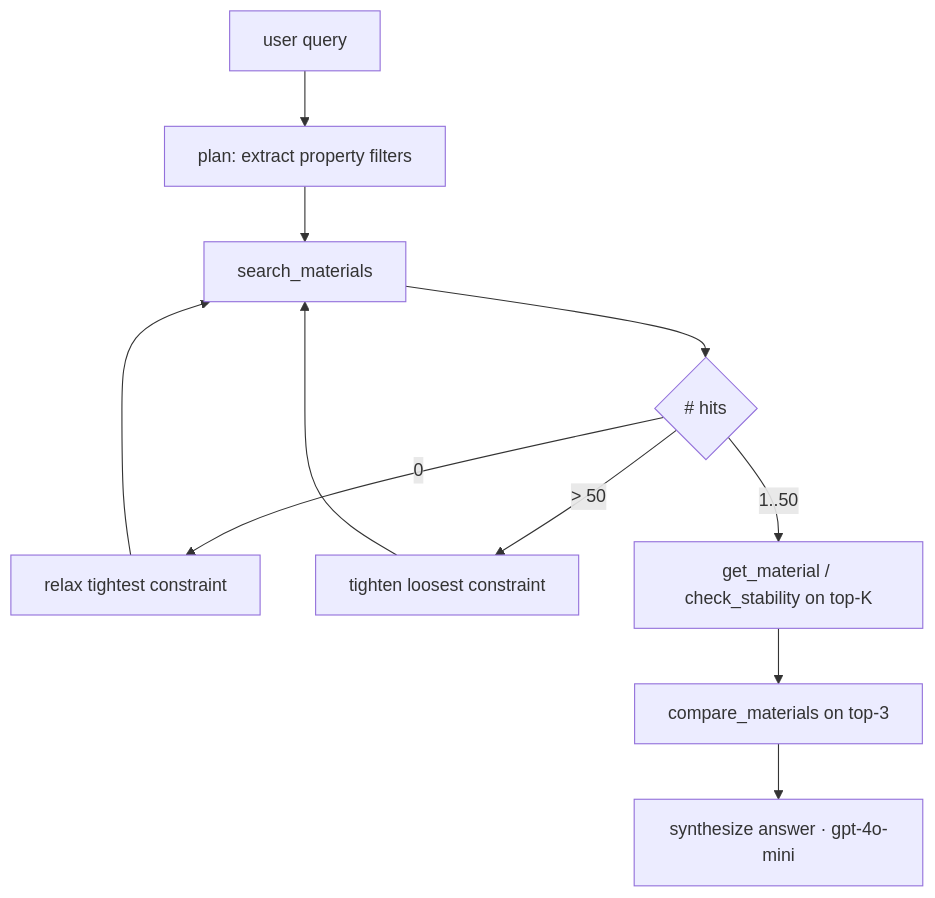
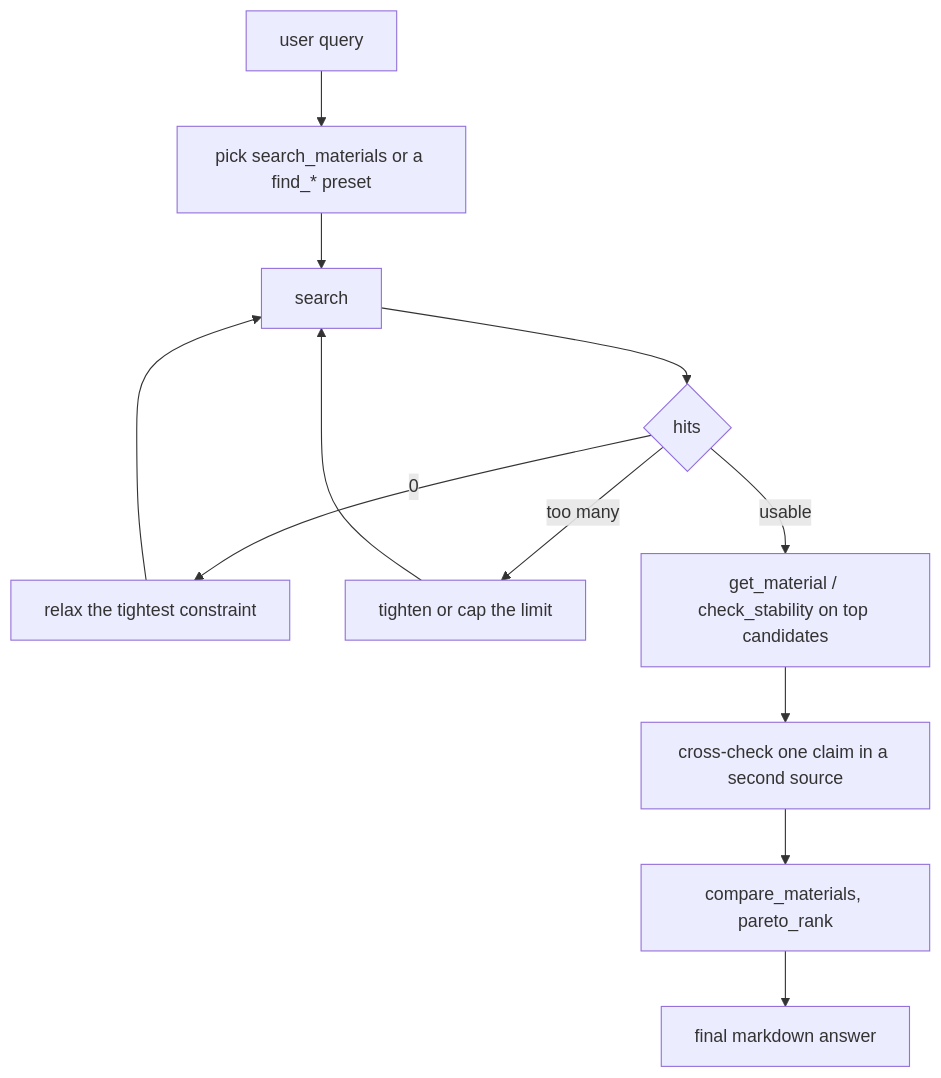
One commit to shorokhlev-sketch/matscout changed the third of 3 diagrams in docs/architecture.md. Above: the diagram before and after it, drawn with Mermaid. The commit also changed other lines of this file and 3 other files, not shown here.

````diff
--- a/docs/architecture.md
+++ b/docs/architecture.md
@@ -40,13 +114,14 @@
 ```mermaid
 flowchart TD
-    Q[user query] --> P[plan: extract property filters]
-    P --> S[search_materials]
-    S --> N{# hits}
-    N -- 0 --> R[relax tightest constraint]
+    Q[user query] --> P[pick search_materials or a find_* preset]
+    P --> S[search]
+    S --> N{hits}
+    N -- 0 --> R[relax the tightest constraint]
     R --> S
-    N -- > 50 --> T[tighten loosest constraint]
+    N -- too many --> T[tighten or cap the limit]
     T --> S
-    N -- 1..50 --> D[get_material / check_stability on top-K]
-    D --> C[compare_materials on top-3]
-    C --> F[synthesize answer · gpt-4o-mini]
+    N -- usable --> D[get_material / check_stability on top candidates]
+    D --> X[cross-check one claim in a second source]
+    X --> C[compare_materials, pareto_rank]
+    C --> F[final markdown answer]
 ```
````
